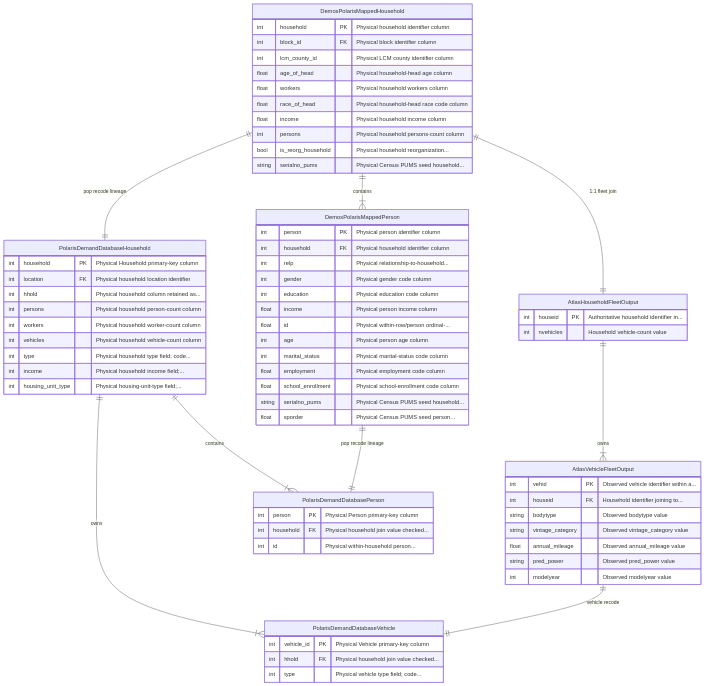
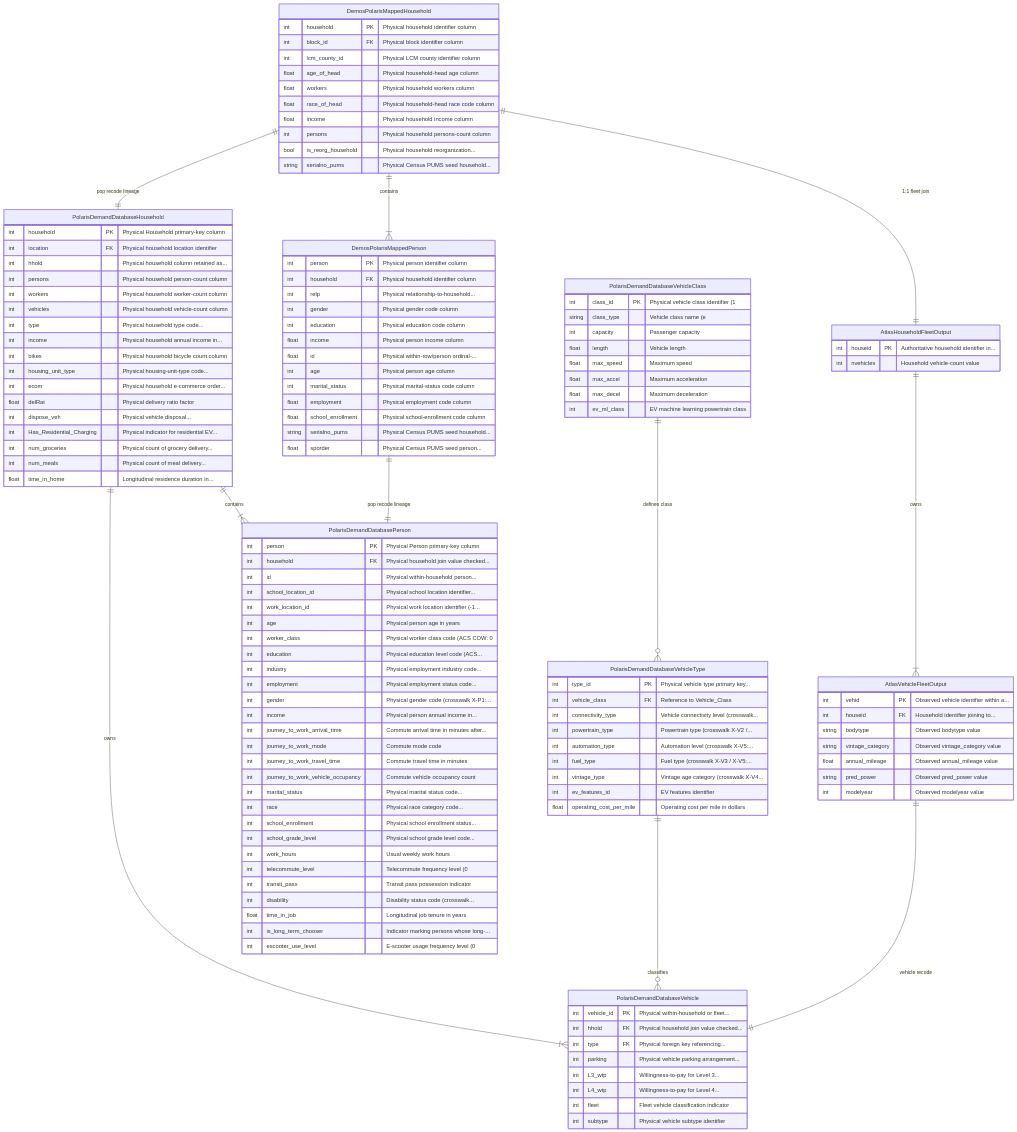
One commit to LBNL-UCB-STI/synergy-schema changed the first of 6 diagrams in docs/cross-model-mappings/interactive-schema.md. Above: the diagram before and after it, drawn with Mermaid. The commit also changed other lines of this file and 19 other files, not shown here.

Commit message:
fix(deliverable-1): unify 69-column POLARIS schema, fix DEMOS crosswalk IDs, clarify SynthFirm unpivot, and complete export verification

````diff
--- a/docs/cross-model-mappings/interactive-schema.md
+++ b/docs/cross-model-mappings/interactive-schema.md
@@ -16,6 +16,8 @@
     AtlasHouseholdFleetOutput ||--|{ AtlasVehicleFleetOutput : "owns"
     PolarisDemandDatabaseHousehold ||--|{ PolarisDemandDatabasePerson : "contains"
     PolarisDemandDatabaseHousehold ||--|{ PolarisDemandDatabaseVehicle : "owns"
+    PolarisDemandDatabaseVehicleType ||--o{ PolarisDemandDatabaseVehicle : "classifies"
+    PolarisDemandDatabaseVehicleClass ||--o{ PolarisDemandDatabaseVehicleType : "defines class"
     DemosPolarisMappedHousehold ||--|| AtlasHouseholdFleetOutput : "1:1 fleet join"
     DemosPolarisMappedHousehold ||--|| PolarisDemandDatabaseHousehold : "pop recode lineage"
     DemosPolarisMappedPerson ||--|| PolarisDemandDatabasePerson : "pop recode lineage"
@@ -72,21 +74,81 @@
         int persons "Physical household person-count column"
         int workers "Physical household worker-count column"
         int vehicles "Physical household vehicle-count column"
-        int type "Physical household type field; code..."
-        int income "Physical household income field;..."
-        int housing_unit_type "Physical housing-unit-type field;..."
+        int type "Physical household type code..."
+        int income "Physical household annual income in..."
+        int bikes "Physical household bicycle count column"
+        int housing_unit_type "Physical housing-unit-type code..."
+        int ecom "Physical household e-commerce order..."
+        float delRat "Physical delivery ratio factor"
+        int dispose_veh "Physical vehicle disposal..."
+        int Has_Residential_Charging "Physical indicator for residential EV..."
+        int num_groceries "Physical count of grocery delivery..."
+        int num_meals "Physical count of meal delivery..."
+        float time_in_home "Longitudinal residence duration in..."
     }
 
     PolarisDemandDatabasePerson {
         int person PK "Physical Person primary-key column"
         int household FK "Physical household join value checked..."
         int id "Physical within-household person..."
+        int school_location_id "Physical school location identifier..."
+        int work_location_id "Physical work location identifier (-1..."
+        int age "Physical person age in years"
+        int worker_class "Physical worker class code (ACS COW: 0"
+        int education "Physical education level code (ACS..."
+        int industry "Physical employment industry code..."
+        int employment "Physical employment status code..."
+        int gender "Physical gender code (crosswalk X-P1:..."
+        int income "Physical person annual income in..."
+        int journey_to_work_arrival_time "Commute arrival time in minutes after..."
+        int journey_to_work_mode "Commute mode code"
+        int journey_to_work_travel_time "Commute travel time in minutes"
+        int journey_to_work_vehicle_occupancy "Commute vehicle occupancy count"
+        int marital_status "Physical marital status code..."
+        int race "Physical race category code..."
+        int school_enrollment "Physical school enrollment status..."
+        int school_grade_level "Physical school grade level code..."
+        int work_hours "Usual weekly work hours"
+        int telecommute_level "Telecommute frequency level (0"
+        int transit_pass "Transit pass possession indicator"
+        int disability "Disability status code (crosswalk..."
+        float time_in_job "Longitudinal job tenure in years"
+        int is_long_term_chooser "Indicator marking persons whose long-..."
+        int escooter_use_level "E-scooter usage frequency level (0"
     }
 
     PolarisDemandDatabaseVehicle {
-        int vehicle_id PK "Physical Vehicle primary-key column"
+        int vehicle_id PK "Physical within-household or fleet..."
         int hhold FK "Physical household join value checked..."
-        int type "Physical vehicle type field; code..."
+        int type FK "Physical foreign key referencing..."
+        int parking "Physical vehicle parking arrangement..."
+        int L3_wtp "Willingness-to-pay for Level 3..."
+        int L4_wtp "Willingness-to-pay for Level 4..."
+        int fleet "Fleet vehicle classification indicator"
+        int subtype "Physical vehicle subtype identifier"
+    }
+
+    PolarisDemandDatabaseVehicleClass {
+        int class_id PK "Physical vehicle class identifier (1"
+        string class_type "Vehicle class name (e"
+        int capacity "Passenger capacity"
+        float length "Vehicle length"
+        float max_speed "Maximum speed"
+        float max_accel "Maximum acceleration"
+        float max_decel "Maximum deceleration"
+        int ev_ml_class "EV machine learning powertrain class"
+    }
+
+    PolarisDemandDatabaseVehicleType {
+        int type_id PK "Physical vehicle type primary key..."
+        int vehicle_class FK "Reference to Vehicle_Class"
+        int connectivity_type "Vehicle connectivity level (crosswalk..."
+        int powertrain_type "Powertrain type (crosswalk X-V2 /..."
+        int automation_type "Automation level (crosswalk X-V5:..."
+        int fuel_type "Fuel type (crosswalk X-V3 / X-V5:..."
+        int vintage_type "Vintage age category (crosswalk X-V4..."
+        int ev_features_id "EV features identifier"
+        float operating_cost_per_mile "Operating cost per mile in dollars"
     }
 
 ```
````
